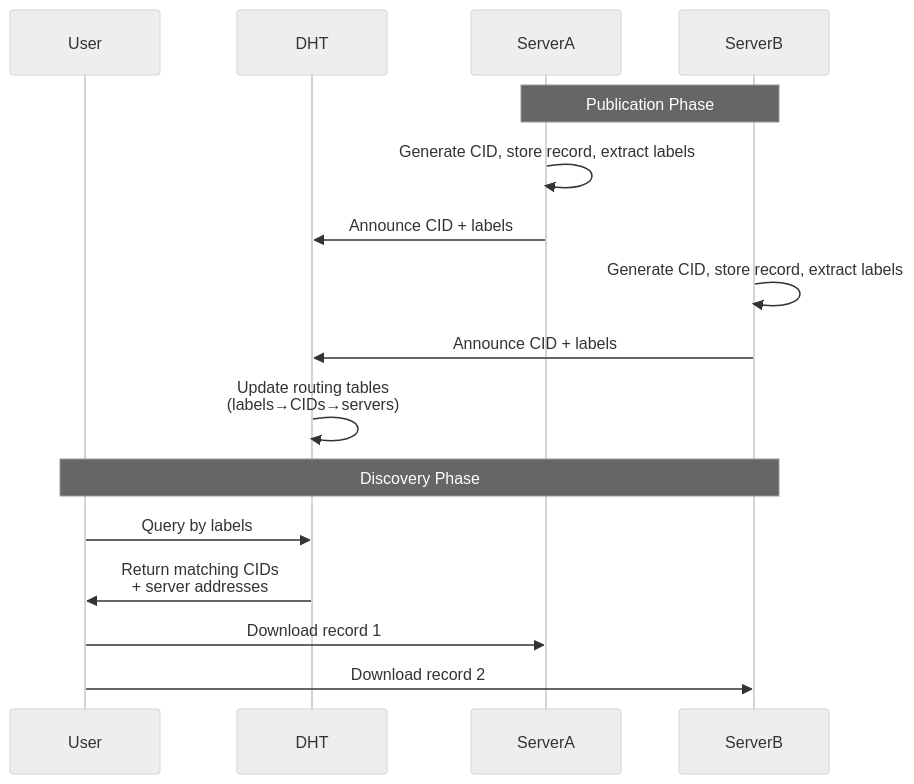
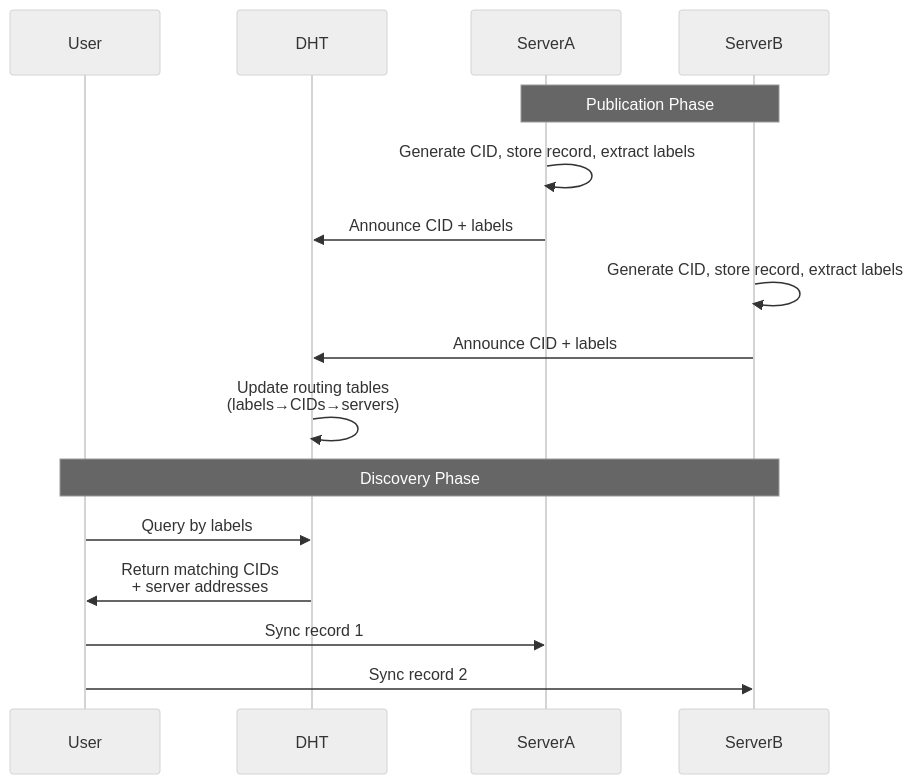
Before and after one commit to agntcy/dir: the diagram in docs/content/dir/dir-component-routing.md, drawn with Mermaid (neutral theme). The commit also changed other lines of this file and 6 other files, not shown here.

````diff
--- a/docs/content/dir/dir-component-routing.md
+++ b/docs/content/dir/dir-component-routing.md
@@ -30,20 +30,20 @@
 ```mermaid
 sequenceDiagram
     participant User
     participant DHT
     participant ServerA
     participant ServerB
 
     Note over ServerA,ServerB: Publication Phase
     ServerA->>ServerA: Generate CID, store record, extract labels
     ServerA->>DHT: Announce CID + labels
     ServerB->>ServerB: Generate CID, store record, extract labels
     ServerB->>DHT: Announce CID + labels
     DHT->>DHT: Update routing tables<br/>(labels→CIDs→servers)
 
     Note over User,ServerB: Discovery Phase
     User->>DHT: Query by labels
     DHT->>User: Return matching CIDs<br/>+ server addresses
-    User->>ServerA: Download record 1
-    User->>ServerB: Download record 2
+    User->>ServerA: Sync record 1
+    User->>ServerB: Sync record 2
 ```
````
